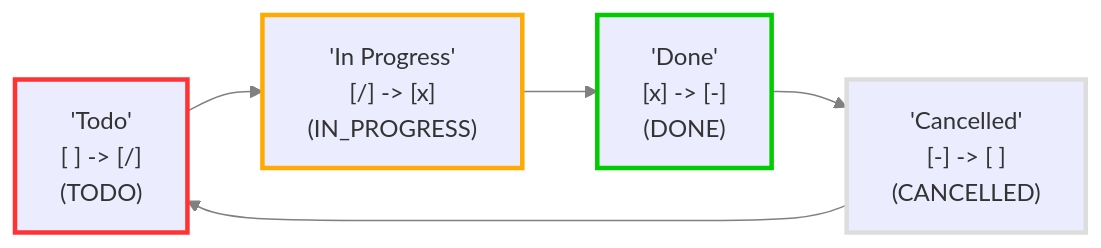
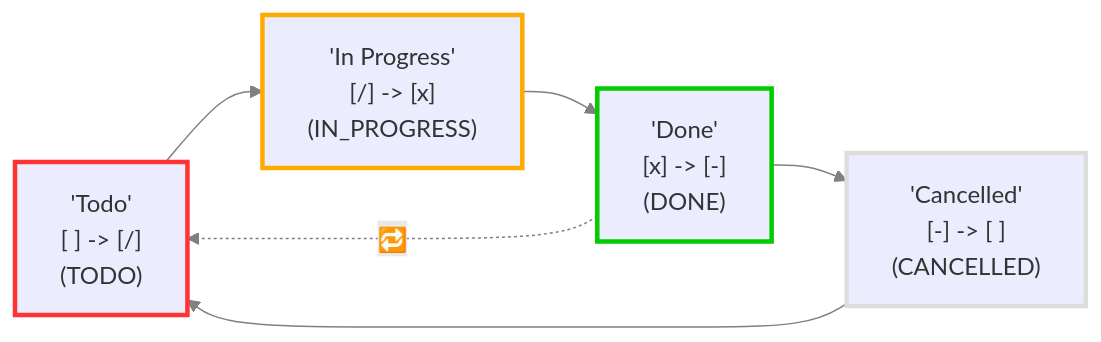
Before and after one commit to obsidian-tasks-group/obsidian-tasks: the second of 3 diagrams in docs/Getting Started/Statuses/Recurring Tasks and Custom Statuses.md, drawn with Mermaid. The commit also changed other lines of this file and 1 other file, not shown here.

````diff
--- a/docs/Getting Started/Statuses/Recurring Tasks and Custom Statuses.md
+++ b/docs/Getting Started/Statuses/Recurring Tasks and Custom Statuses.md
@@ -119,20 +120,21 @@
 ```mermaid
 flowchart LR
 
 classDef TODO        stroke:#f33,stroke-width:3px;
 classDef DONE        stroke:#0c0,stroke-width:3px;
 classDef IN_PROGRESS stroke:#fa0,stroke-width:3px;
 classDef CANCELLED   stroke:#ddd,stroke-width:3px;
 classDef NON_TASK    stroke:#99e,stroke-width:3px;
 
 1["'Todo'<br>[ ] -> [/]<br>(TODO)"]:::TODO
 2["'Done'<br>[x] -> [-]<br>(DONE)"]:::DONE
 3["'In Progress'<br>[/] -> [x]<br>(IN_PROGRESS)"]:::IN_PROGRESS
 4["'Cancelled'<br>[-] -> [ ]<br>(CANCELLED)"]:::CANCELLED
 1 --> 3
 2 --> 4
+2-. "🔁" .-> 1
 3 --> 2
 4 --> 1
 
 linkStyle default stroke:gray
 ```
````
